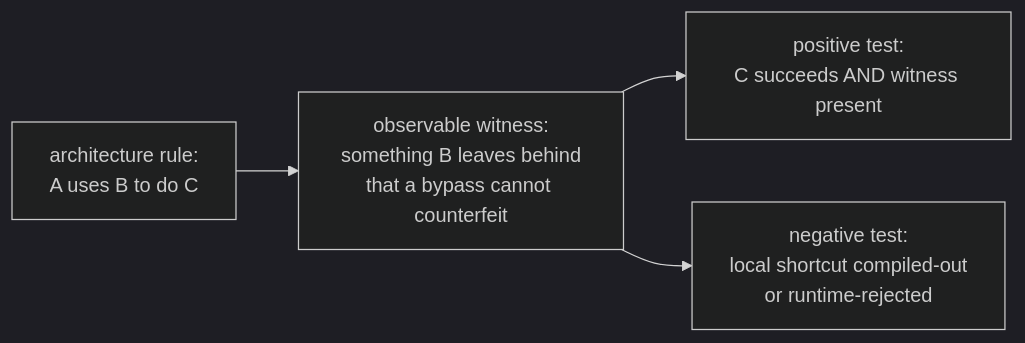
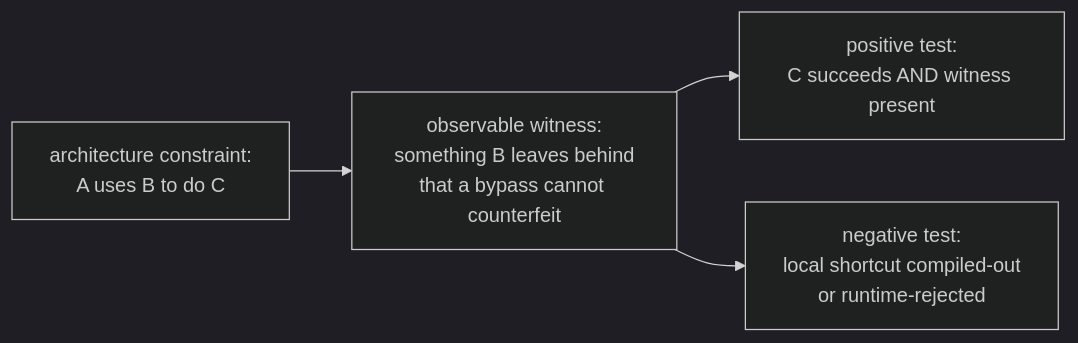
Before and after one commit to LiGoldragon/primary: the first of 3 diagrams in skills/architectural-truth-tests.md, drawn with Mermaid (dark theme). The commit also changed other lines of this file and 3 other files, not shown here.

````diff
--- a/skills/architectural-truth-tests.md
+++ b/skills/architectural-truth-tests.md
@@ -57,11 +77,11 @@
 ```mermaid
 flowchart LR
-    rule["architecture rule:<br/>A uses B to do C"]
+    rule["architecture constraint:<br/>A uses B to do C"]
     witness["observable witness:<br/>something B leaves behind<br/>that a bypass cannot counterfeit"]
     positive["positive test:<br/>C succeeds AND witness present"]
     negative["negative test:<br/>local shortcut compiled-out<br/>or runtime-rejected"]
 
     rule --> witness
     witness --> positive
     witness --> negative
 ```
````
